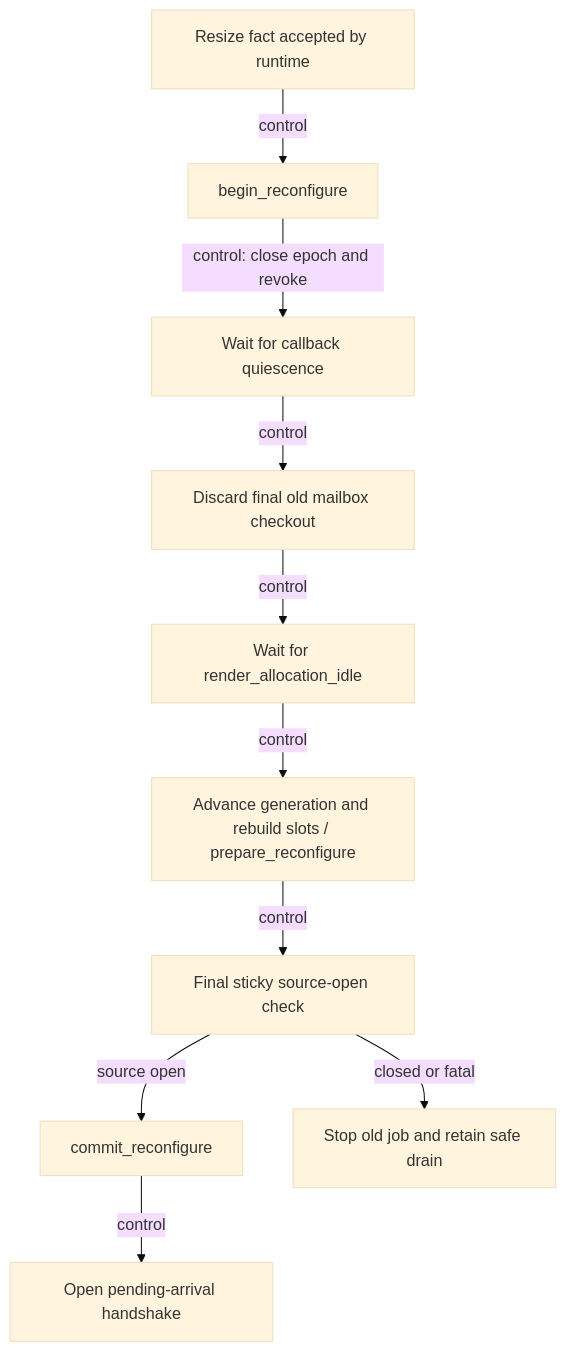
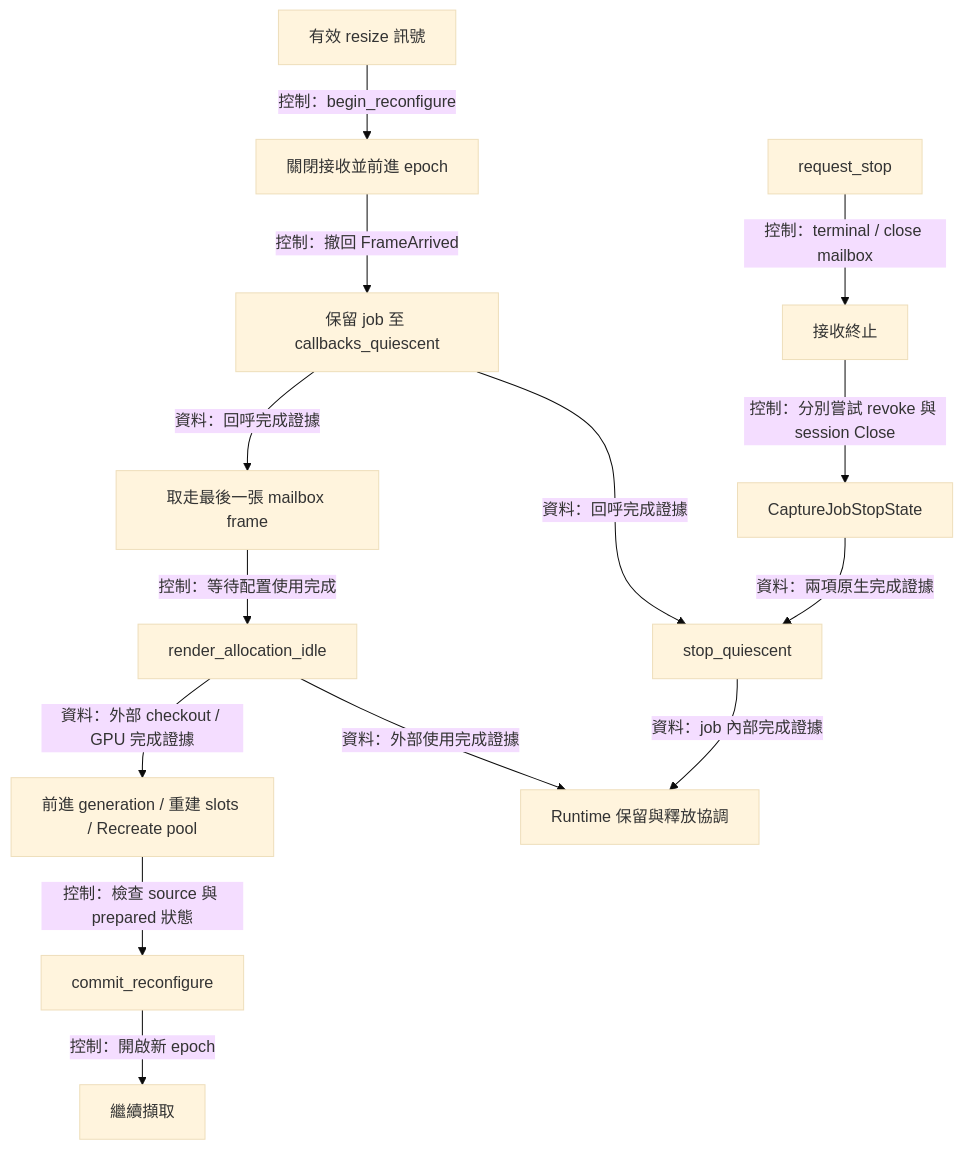
Before and after one commit to Mes0903/avb0795: the eighth of 8 diagrams in docs/architecture/windows-capture.md, drawn with Mermaid (base theme). The commit also changed other lines of this file and 156 other files, not shown here.

````diff
--- a/docs/architecture/windows-capture.md
+++ b/docs/architecture/windows-capture.md
@@ -138,12 +272,16 @@
 ```mermaid
 flowchart TD
-    Resize[Resize fact accepted by runtime] -->|control| Begin[begin_reconfigure]
-    Begin -->|control: close epoch and revoke| WaitCallbacks[Wait for callback quiescence]
-    WaitCallbacks -->|control| Discard[Discard final old mailbox checkout]
-    Discard -->|control| WaitRender[Wait for render_allocation_idle]
-    WaitRender -->|control| Prepare[Advance generation and rebuild slots / prepare_reconfigure]
-    Prepare -->|control| Check[Final sticky source-open check]
-    Check -->|source open| Commit[commit_reconfigure]
-    Check -->|closed or fatal| Stop[Stop old job and retain safe drain]
-    Commit -->|control| Open[Open pending-arrival handshake]
+    Resize[有效 resize 訊號] -->|控制：begin_reconfigure| Epoch[關閉接收並前進 epoch]
+    Epoch -->|控制：撤回 FrameArrived| CallbackWait[保留 job 至 callbacks_quiescent]
+    CallbackWait -->|資料：回呼完成證據| Mailbox[取走最後一張 mailbox frame]
+    Mailbox -->|控制：等待配置使用完成| RenderWait[render_allocation_idle]
+    RenderWait -->|資料：外部 checkout / GPU 完成證據| Prepare[前進 generation / 重建 slots / Recreate pool]
+    Prepare -->|控制：檢查 source 與 prepared 狀態| Commit[commit_reconfigure]
+    Commit -->|控制：開啟新 epoch| Active[繼續擷取]
+    Stop[request_stop] -->|控制：terminal / close mailbox| Terminal[接收終止]
+    Terminal -->|控制：分別嘗試 revoke 與 session Close| Native[CaptureJobStopState]
+    Native -->|資料：兩項原生完成證據| JobProof[stop_quiescent]
+    CallbackWait -->|資料：回呼完成證據| JobProof
+    JobProof -->|資料：job 內部完成證據| Runtime[Runtime 保留與釋放協調]
+    RenderWait -->|資料：外部使用完成證據| Runtime
 ```
````
